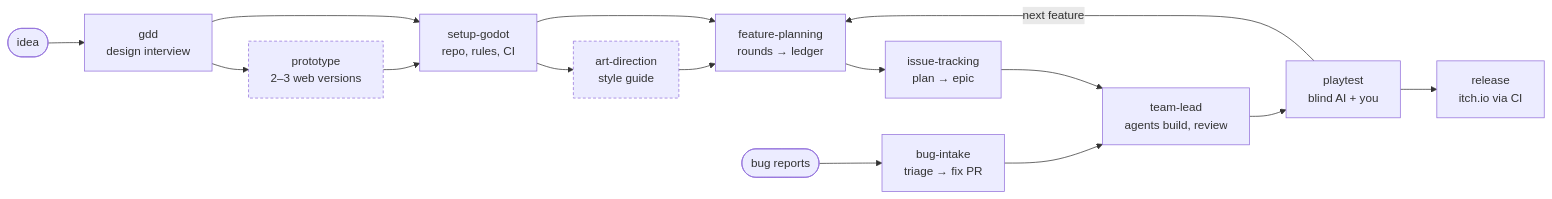
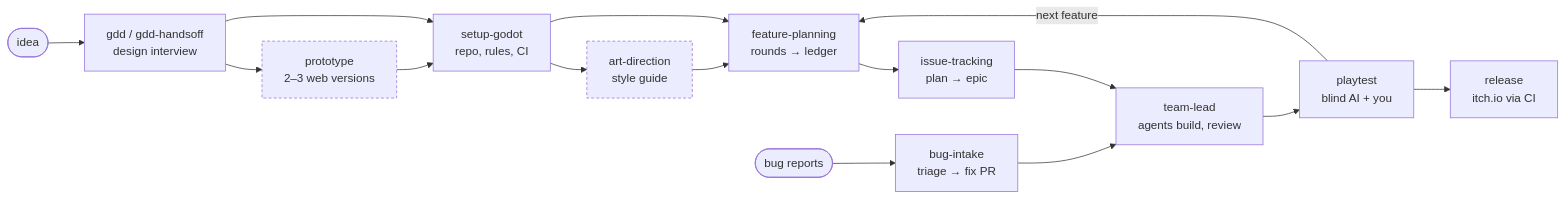
Before and after one commit to amramos/game-ai-sdlc: the diagram in README.md, drawn with Mermaid. The commit also changed other lines of this file and 7 other files, not shown here.

First line of the commit message:
feat: add gdd-handsoff and split gdd into gdd-core plus two entry skills

````diff
--- a/README.md
+++ b/README.md
@@ -14,18 +14,18 @@
 ```mermaid
 flowchart LR
-    idea([idea]) --> gdd[gdd<br/>design interview]
+    idea([idea]) --> gdd[gdd / gdd-handsoff<br/>design interview]
     gdd --> proto[prototype<br/>2–3 web versions]:::optional
     proto --> setup[setup-godot<br/>repo, rules, CI]
     gdd --> setup
     setup --> art[art-direction<br/>style guide]:::optional
     setup --> plan[feature-planning<br/>rounds → ledger]
     art --> plan
     plan --> epic[issue-tracking<br/>plan → epic]
     epic --> build[team-lead<br/>agents build, review]
     build --> play[playtest<br/>blind AI + you]
     play --> release[release<br/>itch.io via CI]
     play -->|next feature| plan
     bugs([bug reports]) --> intake[bug-intake<br/>triage → fix PR]
     intake --> build
     classDef optional stroke-dasharray: 4 3
 ```
````
